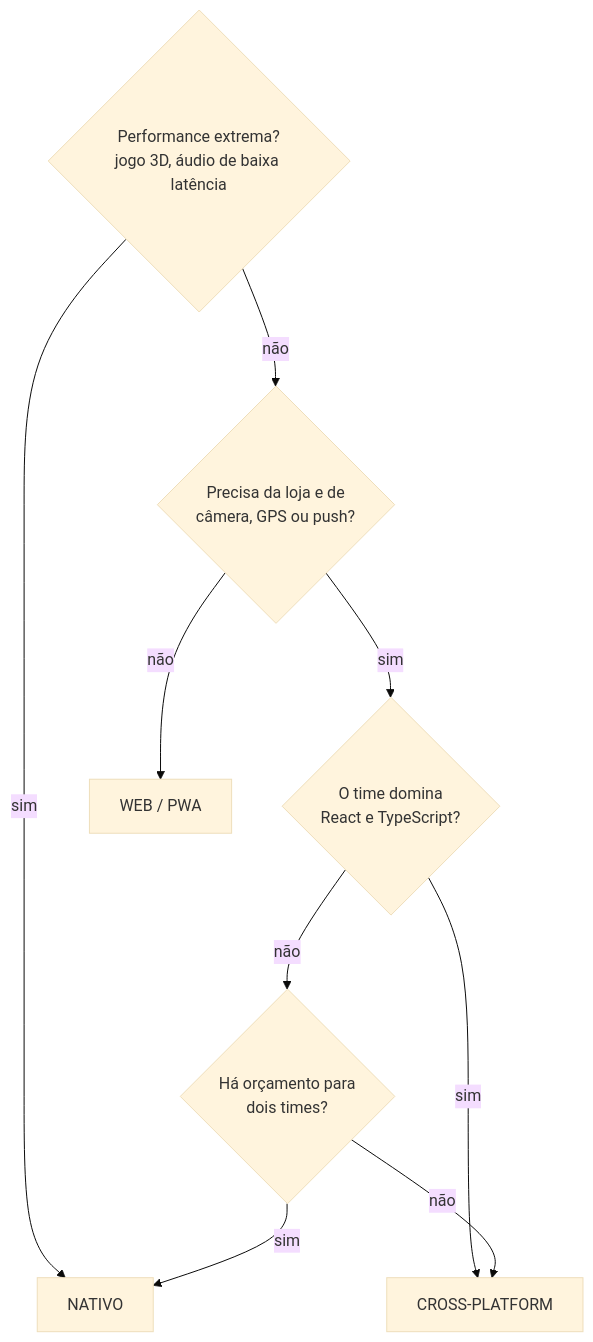
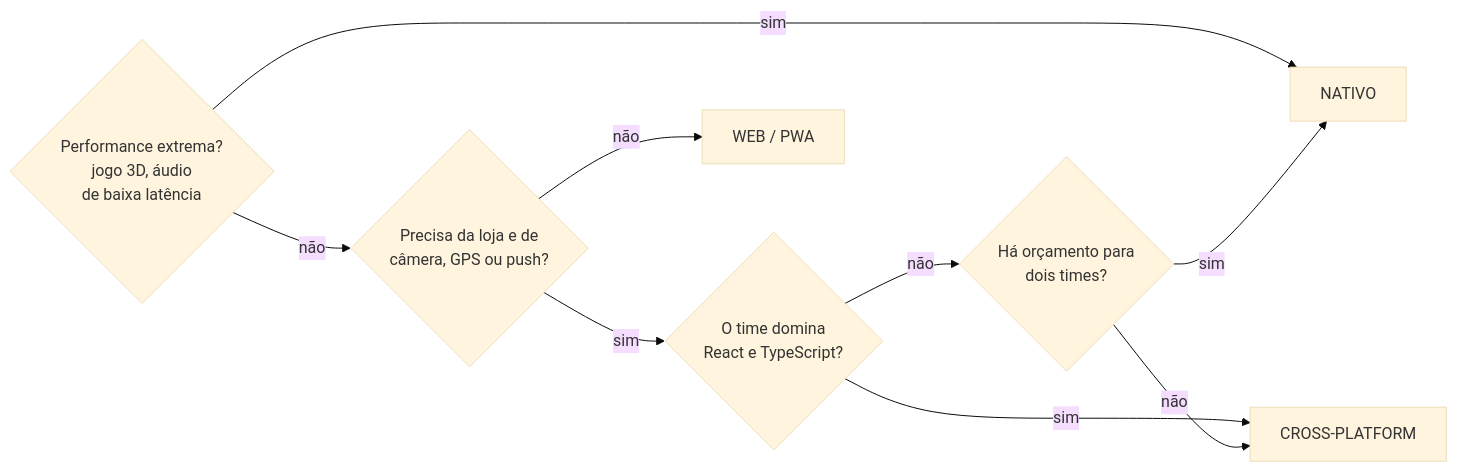
One commit to renanalencar/ads025-desenvolvimento-mobile changed the sixth of 8 diagrams in aula-01-introducao-desenvolvimento-mobile/presentation.md. Above: the diagram before and after it, drawn with Mermaid (base theme). The commit also changed other lines of this file and 16 other files, not shown here.

````diff
--- a/aula-01-introducao-desenvolvimento-mobile/presentation.md
+++ b/aula-01-introducao-desenvolvimento-mobile/presentation.md
@@ -418,19 +437,19 @@
 ```mermaid
-flowchart TD
-    Q1{"Performance extrema?<br/>jogo 3D, áudio de baixa latência"}
+flowchart LR
+    Q1{"Performance extrema?<br/>jogo 3D, áudio<br/>de baixa latência"}
     Q2{"Precisa da loja e de<br/>câmera, GPS ou push?"}
     Q3{"O time domina<br/>React e TypeScript?"}
     Q4{"Há orçamento para<br/>dois times?"}
     NAT["NATIVO"]
     CROSS["CROSS-PLATFORM"]
     WEB["WEB / PWA"]
 
     Q1 -->|sim| NAT
     Q1 -->|não| Q2
     Q2 -->|não| WEB
     Q2 -->|sim| Q3
     Q3 -->|sim| CROSS
     Q3 -->|não| Q4
     Q4 -->|sim| NAT
     Q4 -->|não| CROSS
 ```
````
